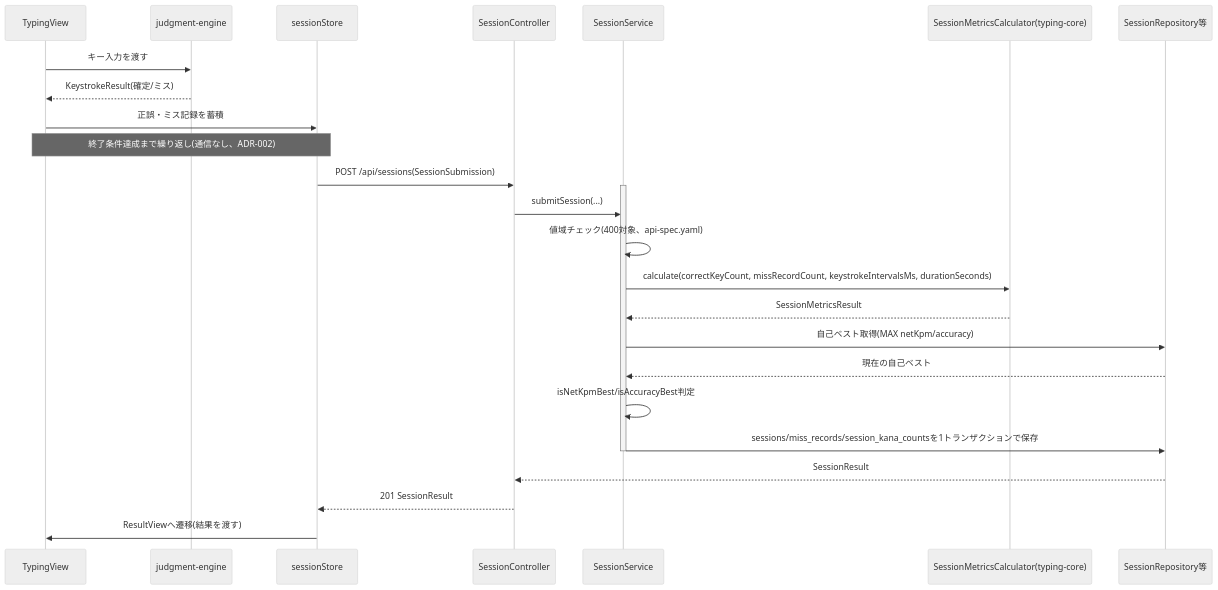
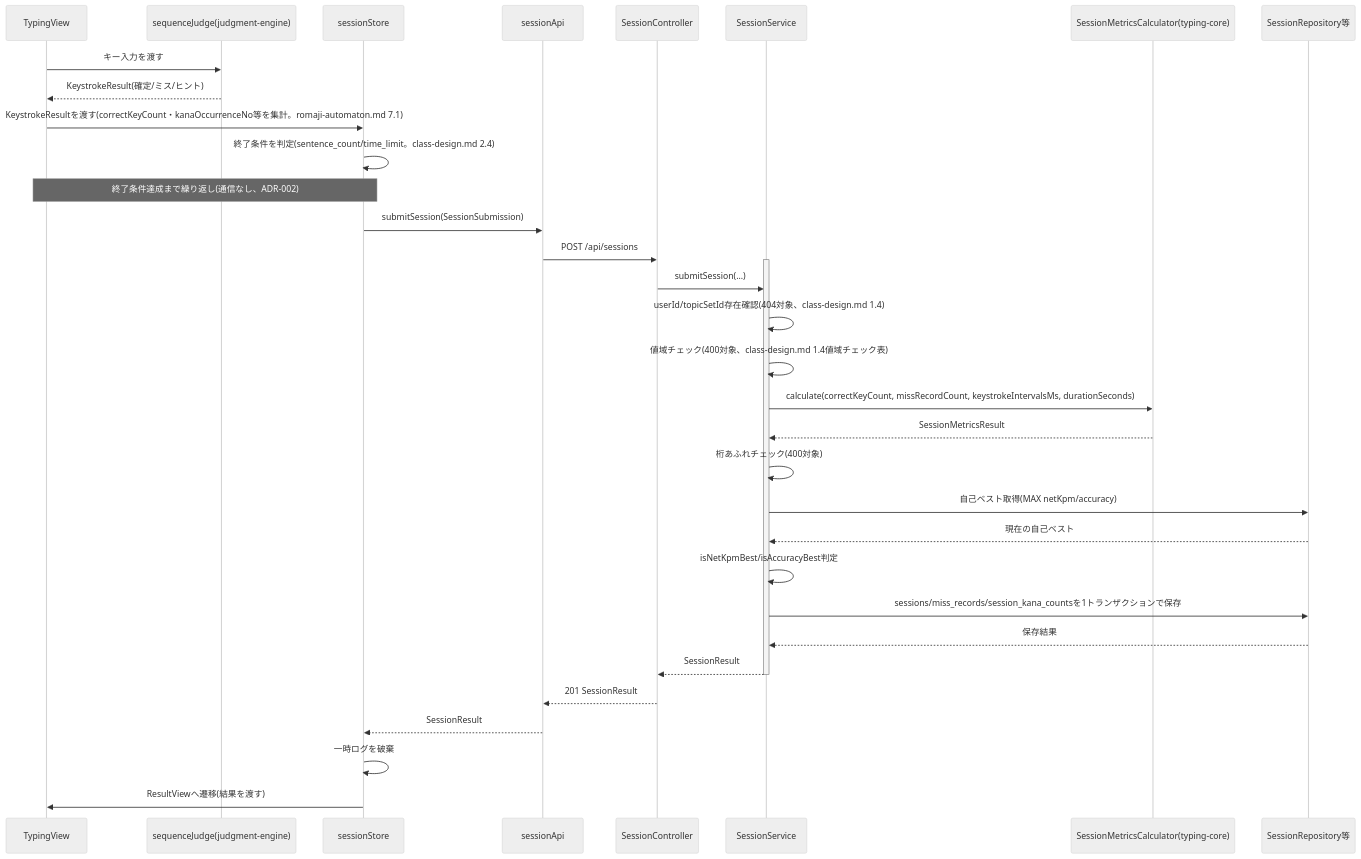
The first of 7 diagrams in docs/30_detail-design/sequence.md (jelly1128/typing-app), drawn with Mermaid (neutral theme) before and after one commit. The commit also changed other lines of this file and 19 other files, not shown here.

````diff
--- a/docs/30_detail-design/sequence.md
+++ b/docs/30_detail-design/sequence.md
@@ -15,29 +15,37 @@
 ```mermaid
 sequenceDiagram
     participant View as TypingView
-    participant Engine as judgment-engine
+    participant Engine as sequenceJudge(judgment-engine)
     participant Store as sessionStore
+    participant Api as sessionApi
     participant Ctrl as SessionController
     participant Svc as SessionService
     participant Calc as SessionMetricsCalculator(typing-core)
     participant Repo as SessionRepository等
 
     View->>Engine: キー入力を渡す
-    Engine-->>View: KeystrokeResult(確定/ミス)
-    View->>Store: 正誤・ミス記録を蓄積
+    Engine-->>View: KeystrokeResult(確定/ミス/ヒント)
+    View->>Store: KeystrokeResultを渡す(correctKeyCount・kanaOccurrenceNo等を集計。romaji-automaton.md 7.1)
+    Store->>Store: 終了条件を判定(sentence_count/time_limit。class-design.md 2.4)
     Note over View,Store: 終了条件達成まで繰り返し(通信なし、ADR-002)
-    Store->>Ctrl: POST /api/sessions(SessionSubmission)
+    Store->>Api: submitSession(SessionSubmission)
+    Api->>Ctrl: POST /api/sessions
     activate Svc
     Ctrl->>Svc: submitSession(...)
-    Svc->>Svc: 値域チェック(400対象、api-spec.yaml)
+    Svc->>Svc: userId/topicSetId存在確認(404対象、class-design.md 1.4)
+    Svc->>Svc: 値域チェック(400対象、class-design.md 1.4値域チェック表)
     Svc->>Calc: calculate(correctKeyCount, missRecordCount, keystrokeIntervalsMs, durationSeconds)
     Calc-->>Svc: SessionMetricsResult
+    Svc->>Svc: 桁あふれチェック(400対象)
     Svc->>Repo: 自己ベスト取得(MAX netKpm/accuracy)
     Repo-->>Svc: 現在の自己ベスト
     Svc->>Svc: isNetKpmBest/isAccuracyBest判定
     Svc->>Repo: sessions/miss_records/session_kana_countsを1トランザクションで保存
+    Repo-->>Svc: 保存結果
+    Svc-->>Ctrl: SessionResult
     deactivate Svc
-    Repo-->>Ctrl: SessionResult
-    Ctrl-->>Store: 201 SessionResult
+    Ctrl-->>Api: 201 SessionResult
+    Api-->>Store: SessionResult
+    Store->>Store: 一時ログを破棄
     Store->>View: ResultViewへ遷移(結果を渡す)
 ```
````
